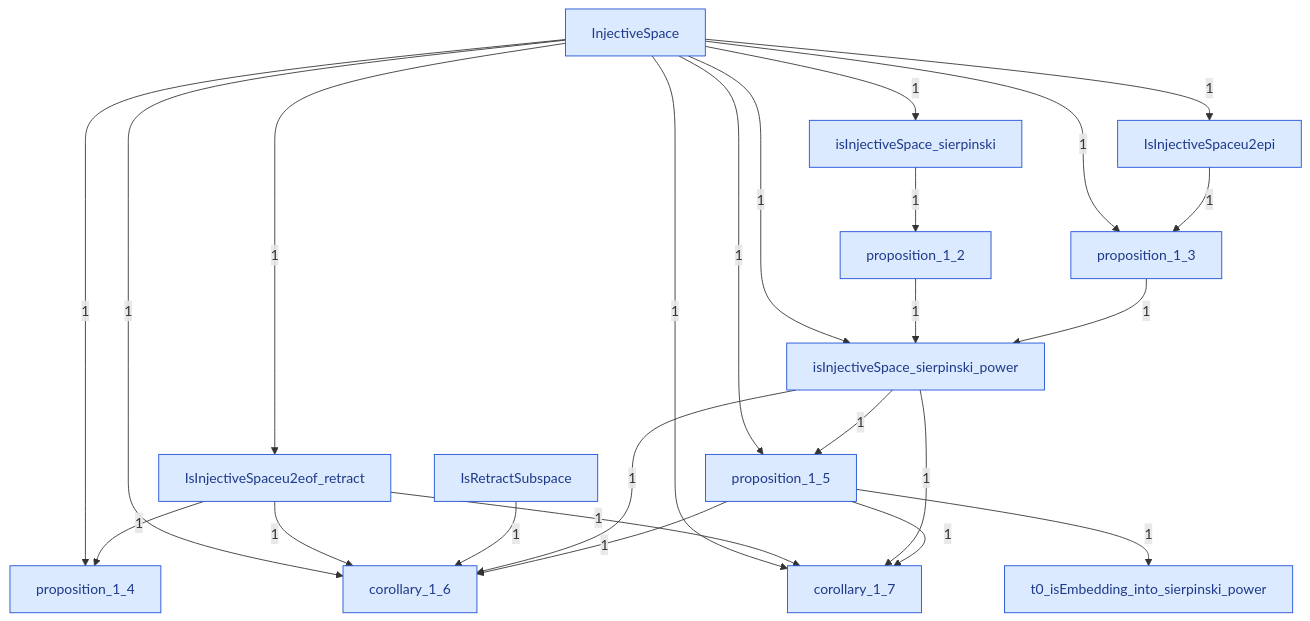
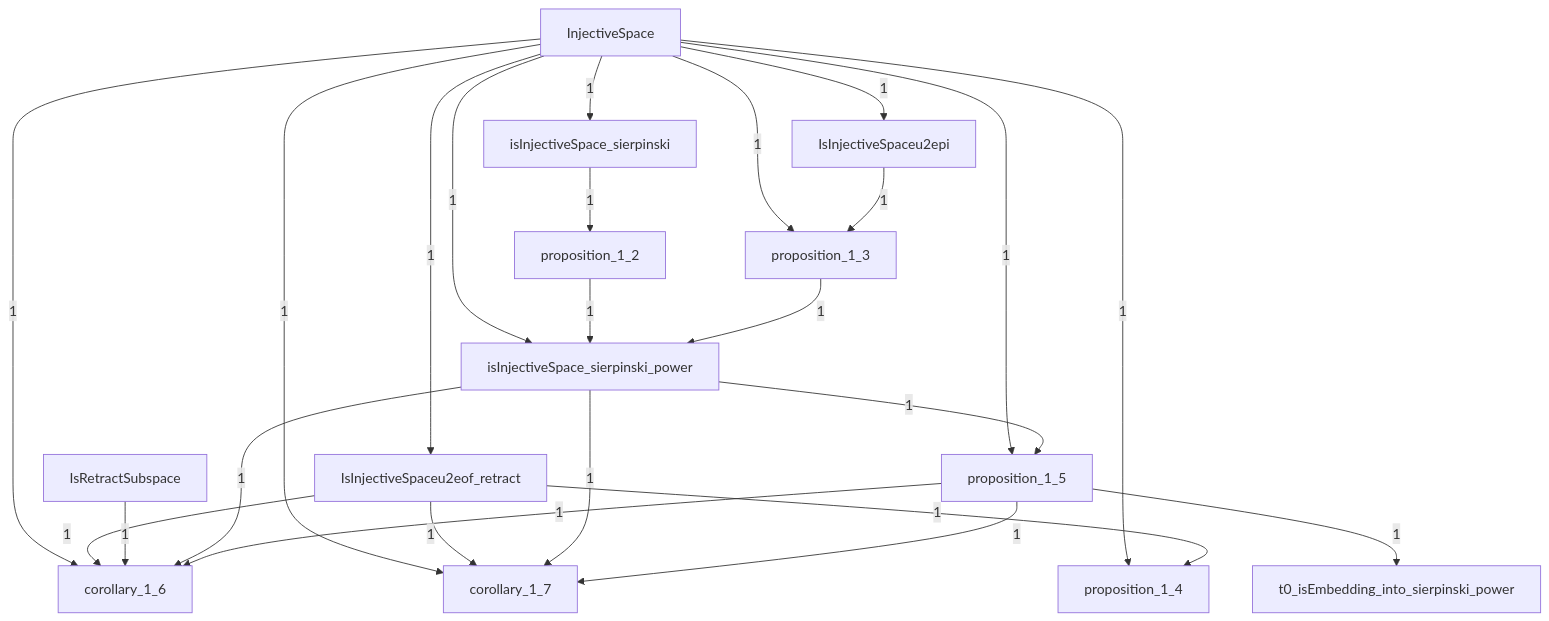
One commit to catskillsresearch/DomainTheory changed the diagram in DomainTheory/ContinuousLattice/Injective/Injective.mermaid. Above: the diagram before and after it, drawn with Mermaid. The commit also changed 448 other files, not shown here.

First line of the commit message:
Improve arxiv flatten/PDF pipeline and refresh dependency diagrams.

```diff
--- a/DomainTheory/ContinuousLattice/Injective/Injective.mermaid
+++ b/DomainTheory/ContinuousLattice/Injective/Injective.mermaid
@@ -1,58 +1,45 @@
 %% Inside Injective. A box is one Lean file in this folder, or one subfolder.
 %% A box named as another folder is that whole folder. A box named as another chapter is that whole chapter.
 %% The arrowhead points at the file or folder that imports. The label is how many direct imports.
 flowchart TB
+
+  N10["corollary_1_6"]
+  N11["corollary_1_7"]
   N0["InjectiveSpace"]
+  N4["isInjectiveSpace_sierpinski"]
+  N7["isInjectiveSpace_sierpinski_power"]
   N1["IsInjectiveSpaceu2eof_retract"]
   N2["IsInjectiveSpaceu2epi"]
   N3["IsRetractSubspace"]
-  N4["isInjectiveSpace_sierpinski"]
   N5["proposition_1_2"]
   N6["proposition_1_3"]
-  N7["isInjectiveSpace_sierpinski_power"]
   N8["proposition_1_4"]
   N9["proposition_1_5"]
-  N10["corollary_1_6"]
-  N11["corollary_1_7"]
   N12["t0_isEmbedding_into_sierpinski_power"]
 
   N0 -->|"1"| N1
+  N0 -->|"1"| N10
+  N1 -->|"1"| N10
+  N3 -->|"1"| N10
+  N7 -->|"1"| N10
+  N9 -->|"1"| N10
+  N0 -->|"1"| N11
+  N1 -->|"1"| N11
+  N7 -->|"1"| N11
+  N9 -->|"1"| N11
+  N9 -->|"1"| N12
   N0 -->|"1"| N2
   N0 -->|"1"| N4
   N4 -->|"1"| N5
   N0 -->|"1"| N6
   N2 -->|"1"| N6
   N0 -->|"1"| N7
   N5 -->|"1"| N7
   N6 -->|"1"| N7
   N0 -->|"1"| N8
   N1 -->|"1"| N8
   N0 -->|"1"| N9
   N7 -->|"1"| N9
-  N0 -->|"1"| N10
-  N1 -->|"1"| N10
-  N3 -->|"1"| N10
-  N7 -->|"1"| N10
-  N9 -->|"1"| N10
-  N0 -->|"1"| N11
-  N1 -->|"1"| N11
-  N7 -->|"1"| N11
-  N9 -->|"1"| N11
-  N9 -->|"1"| N12
 
   classDef file fill:#dbeafe,stroke:#1d4ed8,color:#1e3a8a
   classDef ext fill:#f3f4f6,stroke:#374151,color:#111827
-
-  class N0 file
-  class N1 file
-  class N2 file
-  class N3 file
-  class N4 file
-  class N5 file
-  class N6 file
-  class N7 file
-  class N8 file
-  class N9 file
-  class N10 file
-  class N11 file
-  class N12 file
```
